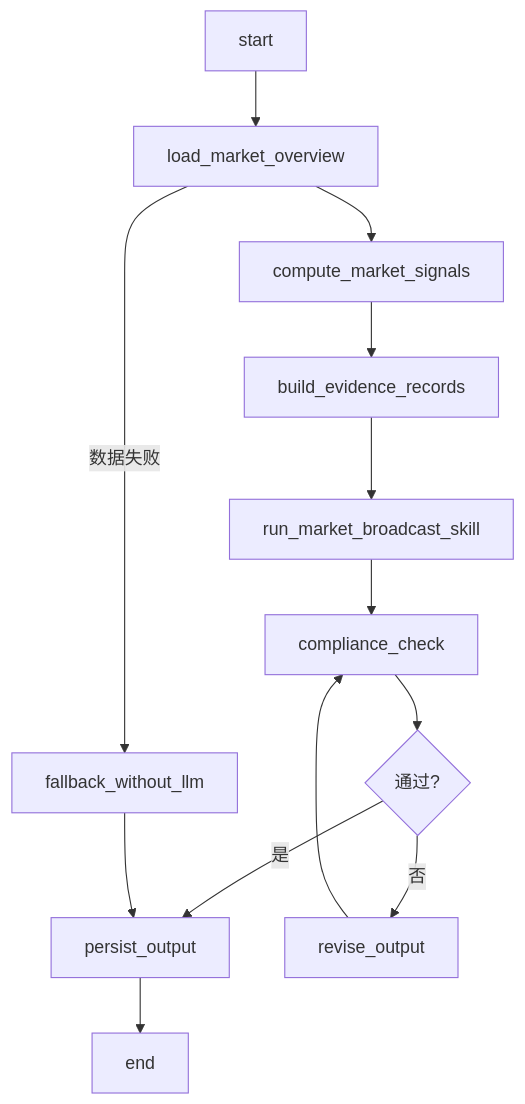
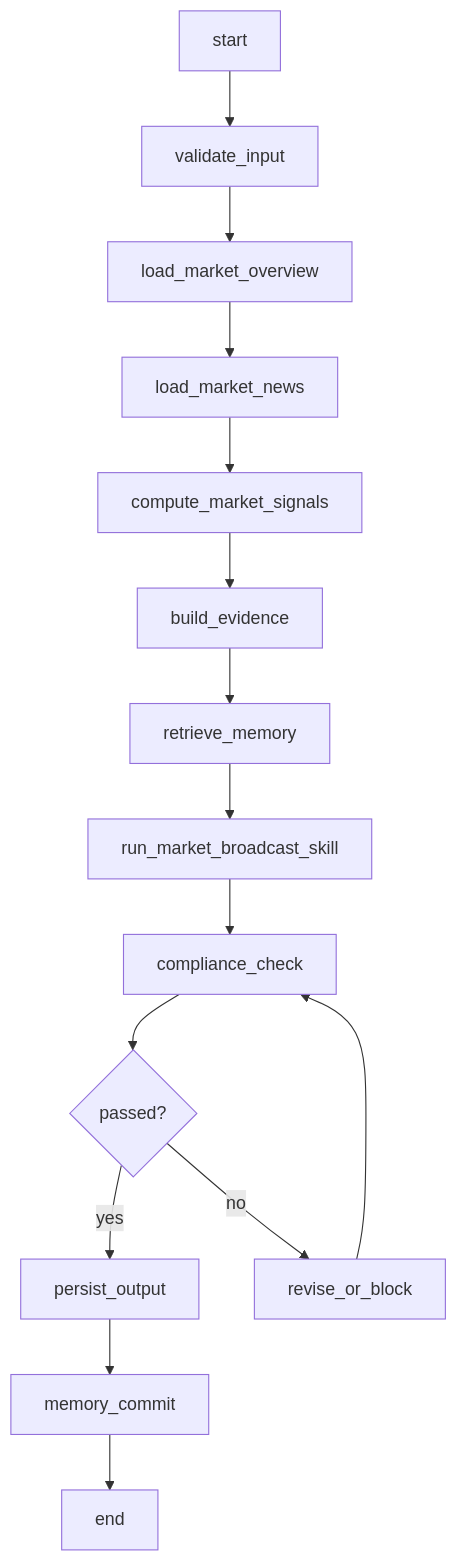
One commit to zhengzeyong9527-droid/Investment-research changed the third of 4 diagrams in 设计框架.md. Above: the diagram before and after it, drawn with Mermaid. The commit also changed other lines of this file and 8 other files, not shown here.

````diff
--- a/设计框架.md
+++ b/设计框架.md
@@ -192,15 +444,17 @@
 ```mermaid
 flowchart TD
-  A["start"] --> B["load_market_overview"]
-  B --> C["compute_market_signals"]
-  C --> D["build_evidence_records"]
-  D --> E["run_market_broadcast_skill"]
-  E --> F["compliance_check"]
-  F --> G{"通过?"}
-  G -->|是| H["persist_output"]
-  G -->|否| I["revise_output"]
-  I --> F
-  H --> J["end"]
-  B -->|数据失败| K["fallback_without_llm"]
-  K --> H
+  A["start"] --> B["validate_input"]
+  B --> C["load_market_overview"]
+  C --> D["load_market_news"]
+  D --> E["compute_market_signals"]
+  E --> F["build_evidence"]
+  F --> G["retrieve_memory"]
+  G --> H["run_market_broadcast_skill"]
+  H --> I["compliance_check"]
+  I --> J{"passed?"}
+  J -->|yes| K["persist_output"]
+  J -->|no| L["revise_or_block"]
+  L --> I
+  K --> M["memory_commit"]
+  M --> N["end"]
 ```
````
